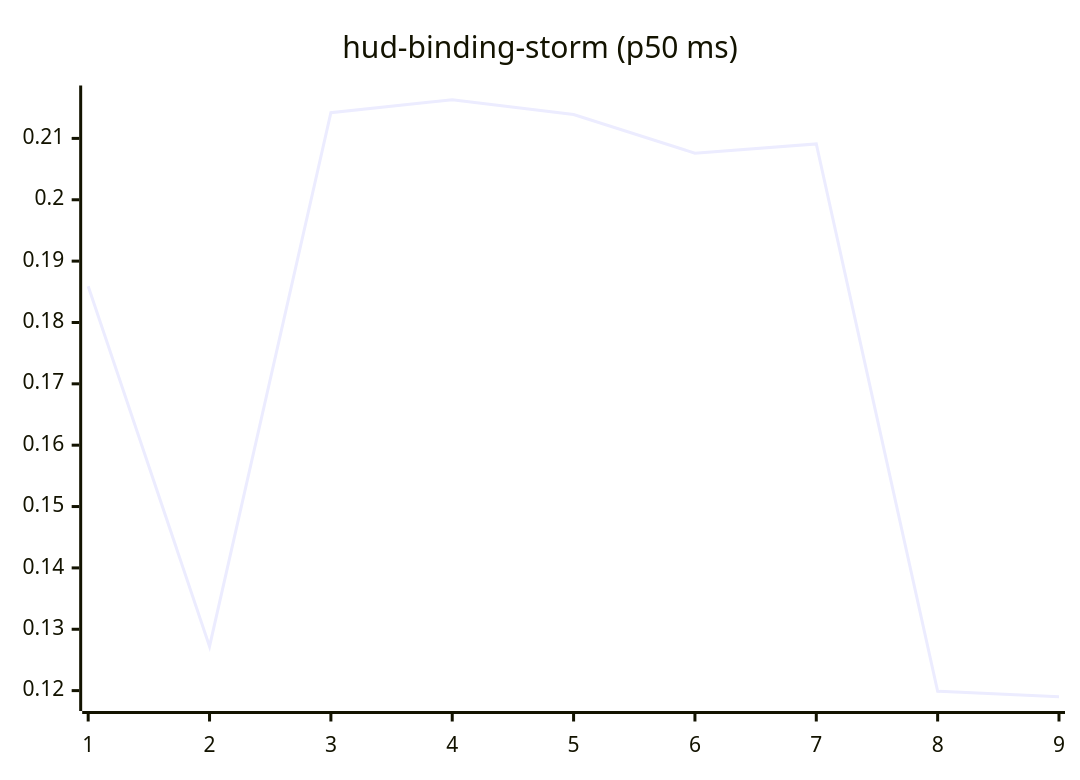
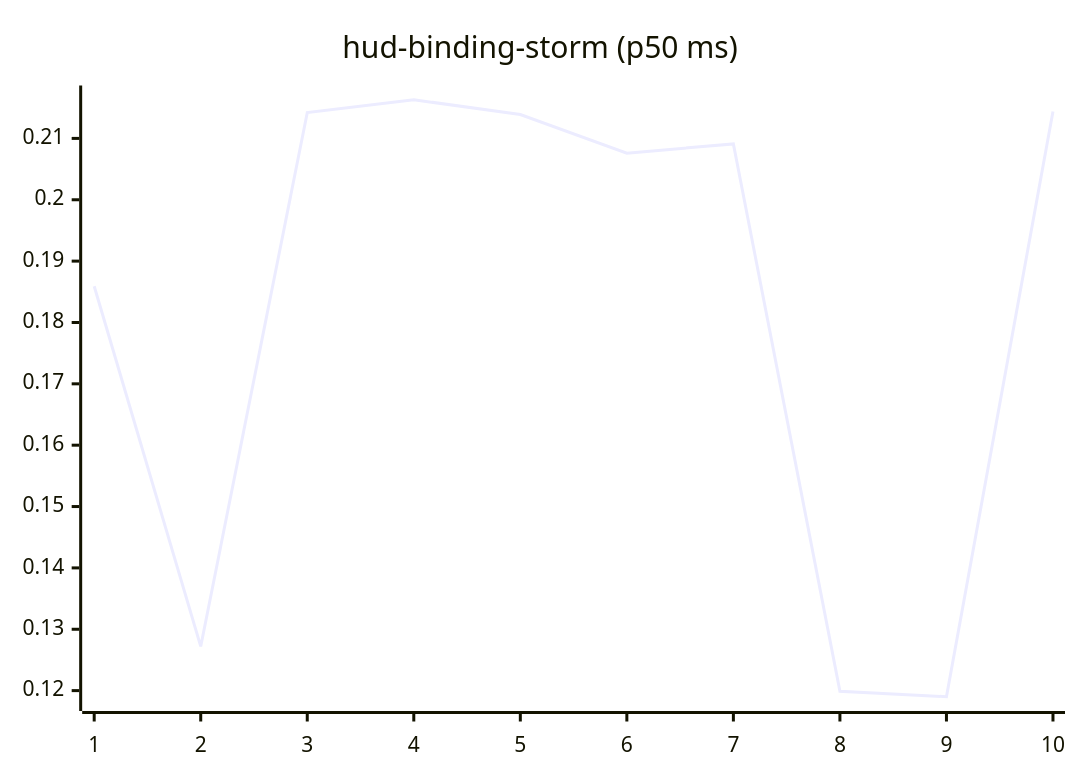
The tenth of 27 diagrams in README.md (josha/Facet), drawn with Mermaid before and after one commit. The commit also changed other lines of this file and 2 other files, not shown here.

````diff
--- a/README.md
+++ b/README.md
@@ -126,6 +126,6 @@
 ```mermaid
 xychart-beta
     title "hud-binding-storm (p50 ms)"
-    x-axis 1 --> 9
-    line [0.1859, 0.1272, 0.2142, 0.2163, 0.2139, 0.2076, 0.2091, 0.1199, 0.1190]
+    x-axis 1 --> 10
+    line [0.1859, 0.1272, 0.2142, 0.2163, 0.2139, 0.2076, 0.2091, 0.1199, 0.1190, 0.2144]
 ```
````
